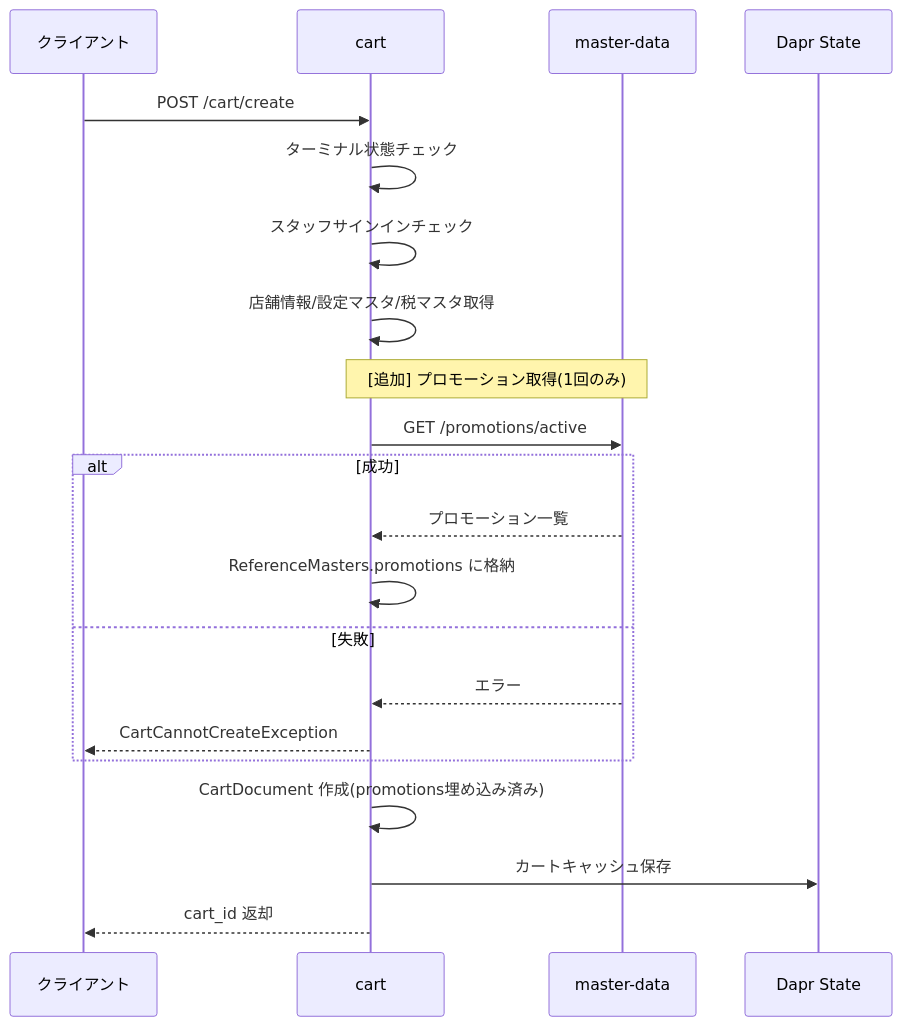
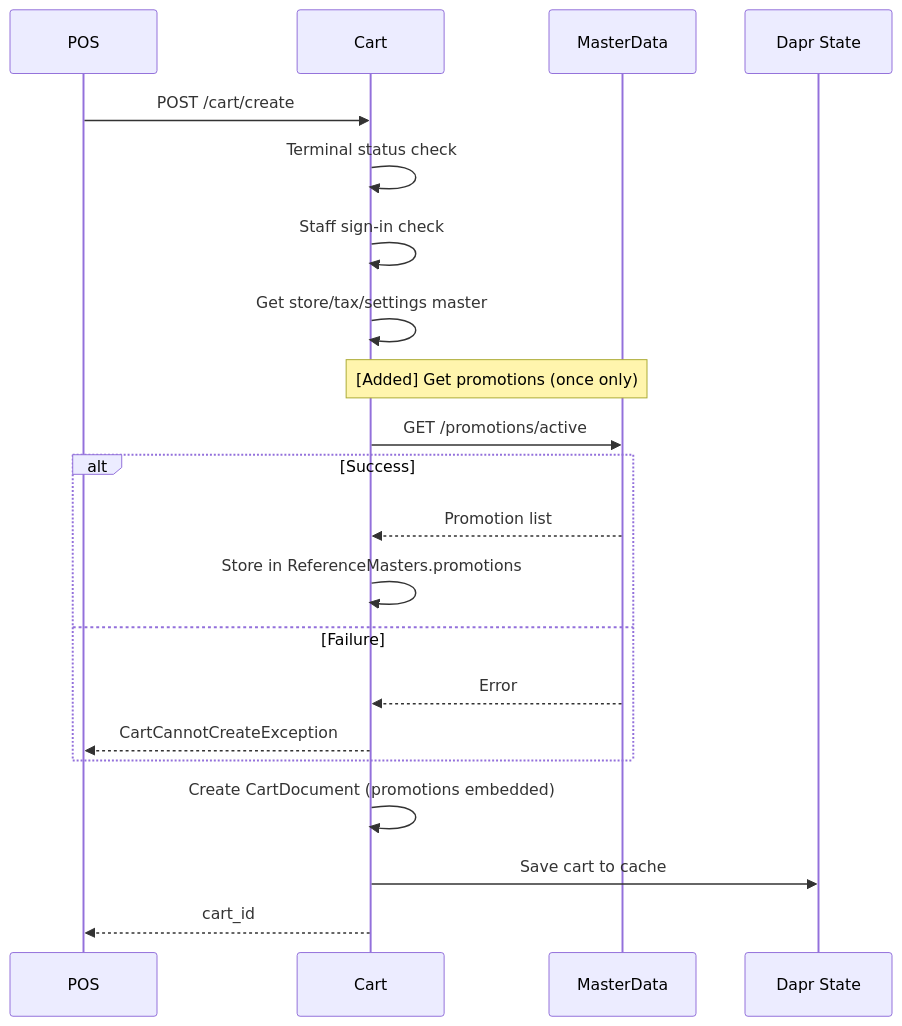
One commit to kugel-masa/kugelpos-backend changed the second of 6 diagrams in specs/71-promotion-cache/sequence-comparison.md. Above: the diagram before and after it, drawn with Mermaid. The commit also changed other lines of this file and 1 other file, not shown here.

Commit message:
docs: Add proposal document and translate sequence diagrams to English (#71)

````diff
--- a/specs/71-promotion-cache/sequence-comparison.md
+++ b/specs/71-promotion-cache/sequence-comparison.md
@@ -24,24 +24,24 @@
 ```mermaid
 sequenceDiagram
-    participant Client as クライアント
-    participant Cart as cart
-    participant MD as master-data
+    participant POS
+    participant Cart
+    participant MasterData
     participant Dapr as Dapr State
 
-    Client->>Cart: POST /cart/create
-    Cart->>Cart: ターミナル状態チェック
-    Cart->>Cart: スタッフサインインチェック
-    Cart->>Cart: 店舗情報/設定マスタ/税マスタ取得
-    Note over Cart,MD: [追加] プロモーション取得(1回のみ)
-    Cart->>MD: GET /promotions/active
-    alt 成功
-        MD-->>Cart: プロモーション一覧
-        Cart->>Cart: ReferenceMasters.promotions に格納
-    else 失敗
-        MD-->>Cart: エラー
-        Cart-->>Client: CartCannotCreateException
+    POS->>Cart: POST /cart/create
+    Cart->>Cart: Terminal status check
+    Cart->>Cart: Staff sign-in check
+    Cart->>Cart: Get store/tax/settings master
+    Note over Cart,MasterData: [Added] Get promotions (once only)
+    Cart->>MasterData: GET /promotions/active
+    alt Success
+        MasterData-->>Cart: Promotion list
+        Cart->>Cart: Store in ReferenceMasters.promotions
+    else Failure
+        MasterData-->>Cart: Error
+        Cart-->>POS: CartCannotCreateException
     end
-    Cart->>Cart: CartDocument 作成(promotions埋め込み済み)
-    Cart->>Dapr: カートキャッシュ保存
-    Cart-->>Client: cart_id 返却
+    Cart->>Cart: Create CartDocument (promotions embedded)
+    Cart->>Dapr: Save cart to cache
+    Cart-->>POS: cart_id
 ```
````
